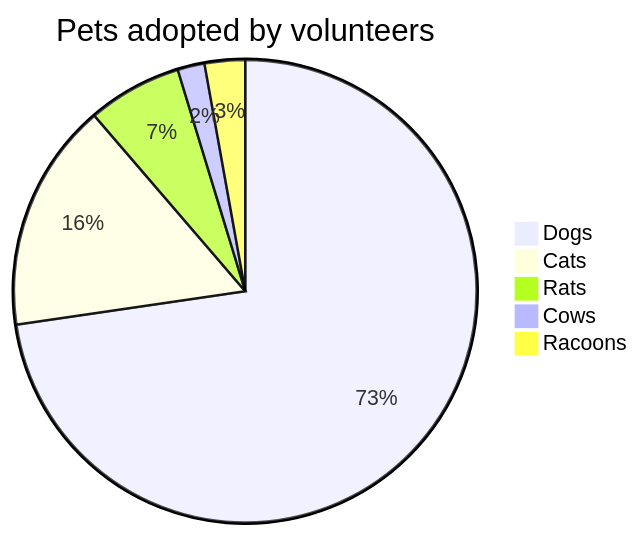
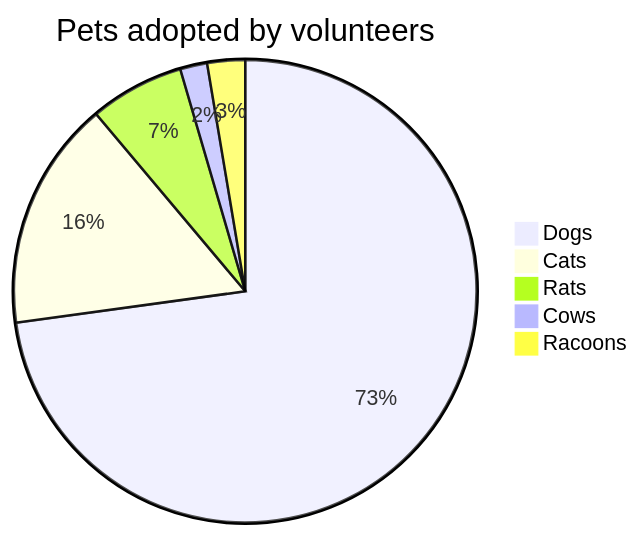
One commit to regh-christian/dokumentation changed the diagram in wiki/GuideTilHjemmeside.md. Above: the diagram before and after it, drawn with Mermaid.

````diff
--- a/wiki/GuideTilHjemmeside.md
+++ b/wiki/GuideTilHjemmeside.md
@@ -128,8 +128,8 @@
 ```mermaid
 pie title Pets adopted by volunteers
   "Dogs" : 386
   "Cats" : 85
   "Rats" : 35
   "Cows" : 10
-  "Racoons": 15
+  "Racoons": 14
 ```
````
